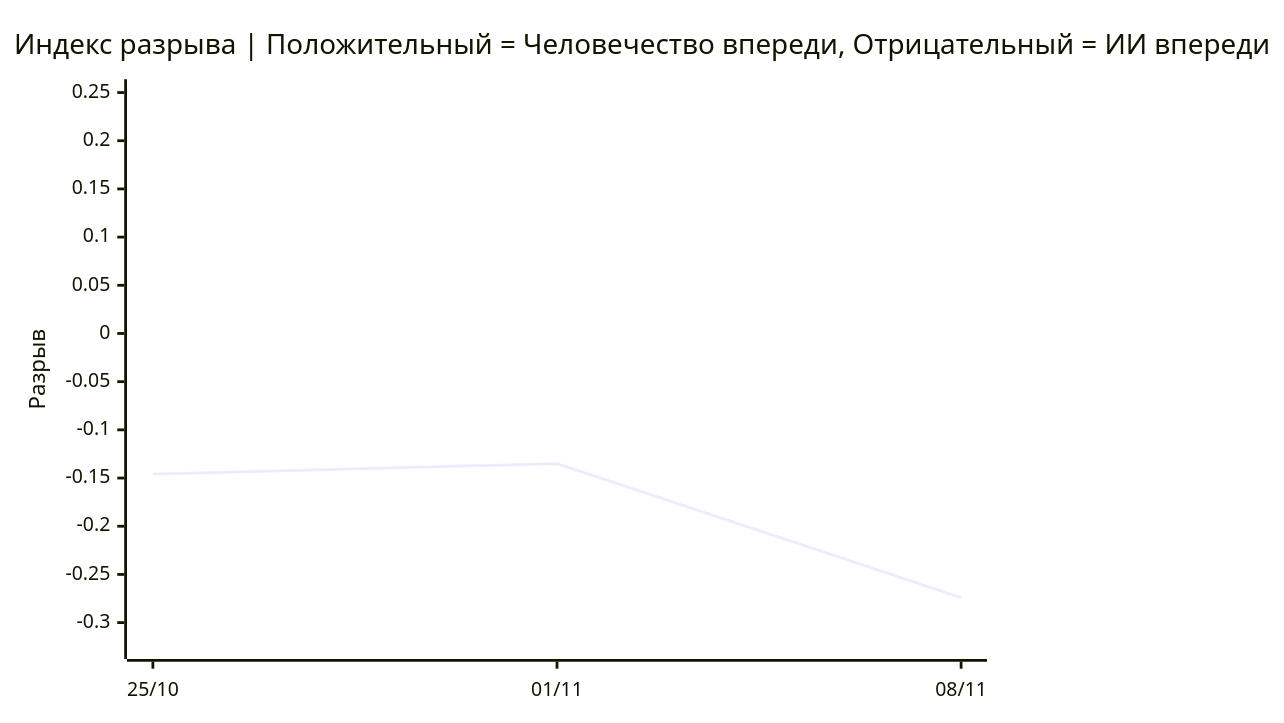
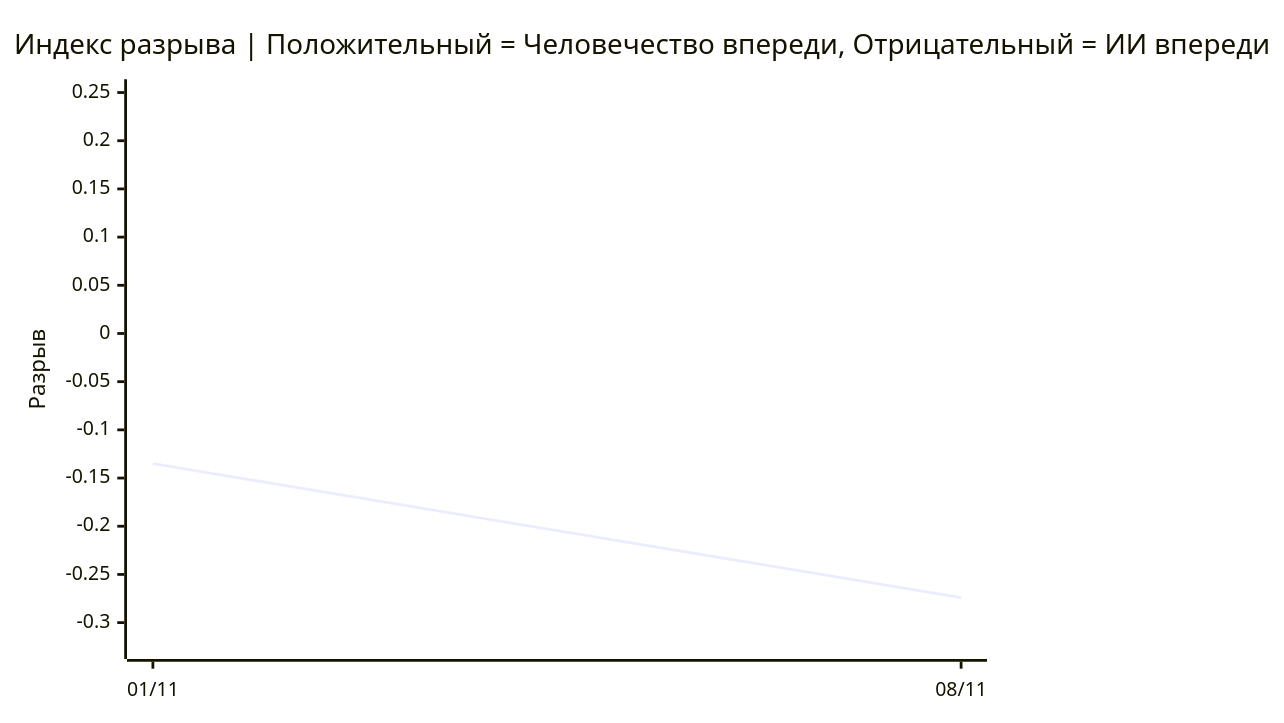
The second of 3 diagrams in README.ru.md (VQQLK/Human-AI-Monitor), drawn with Mermaid before and after one commit. The commit also changed other lines of this file and 2 other files, not shown here.

````diff
--- a/README.ru.md
+++ b/README.ru.md
@@ -44,7 +44,7 @@
 ```mermaid
 xychart-beta
     title "Индекс разрыва | Положительный = Человечество впереди, Отрицательный = ИИ впереди"
-    x-axis ["25/10", "01/11", "08/11"]
+    x-axis ["01/11", "08/11"]
     y-axis "Разрыв" -0.324 --> 0.250
-    line [-0.146, -0.135, -0.274]
+    line [-0.135, -0.274]
 ```
````
